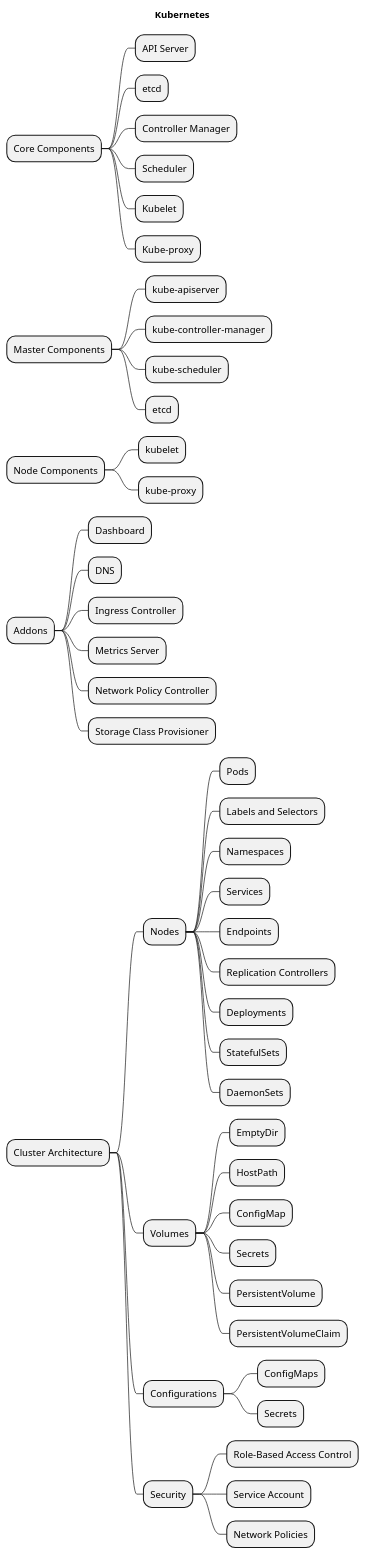
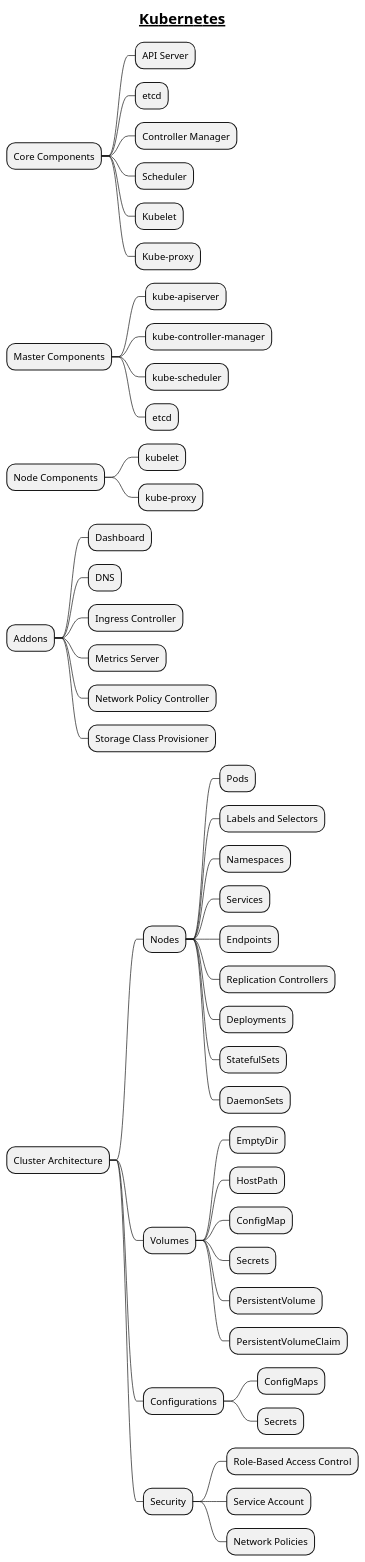
Before and after one commit to MehmoodHashmi/Documentation-as-Code-DaC: the diagram in docs/devops/devops-plantuml-mindmap/kubernetes.puml, drawn with PlantUML. The commit also changed 27 other files, not shown here.

Commit message:
added new mindmaps

```diff
--- a/docs/devops/devops-plantuml-mindmap/kubernetes.puml
+++ b/docs/devops/devops-plantuml-mindmap/kubernetes.puml
@@ -1,51 +1,51 @@
 @startmindmap
-title Kubernetes
+title = __Kubernetes__
 
 * Core Components
 ** API Server
 ** etcd
 ** Controller Manager
 ** Scheduler
 ** Kubelet
 ** Kube-proxy
 * Master Components
 ** kube-apiserver
 ** kube-controller-manager
 ** kube-scheduler
 ** etcd
 * Node Components
 ** kubelet
 ** kube-proxy
 * Addons
 ** Dashboard
 ** DNS
 ** Ingress Controller
 ** Metrics Server
 ** Network Policy Controller
 ** Storage Class Provisioner
 * Cluster Architecture
 ** Nodes
 *** Pods
 *** Labels and Selectors
 *** Namespaces
 *** Services
 *** Endpoints
 *** Replication Controllers
 *** Deployments
 *** StatefulSets
 *** DaemonSets
 ** Volumes
 *** EmptyDir
 *** HostPath
 *** ConfigMap
 *** Secrets
 *** PersistentVolume
 *** PersistentVolumeClaim
 ** Configurations
 *** ConfigMaps
 *** Secrets
 ** Security
 *** Role-Based Access Control
 *** Service Account
 *** Network Policies
 @endmindmap
```
